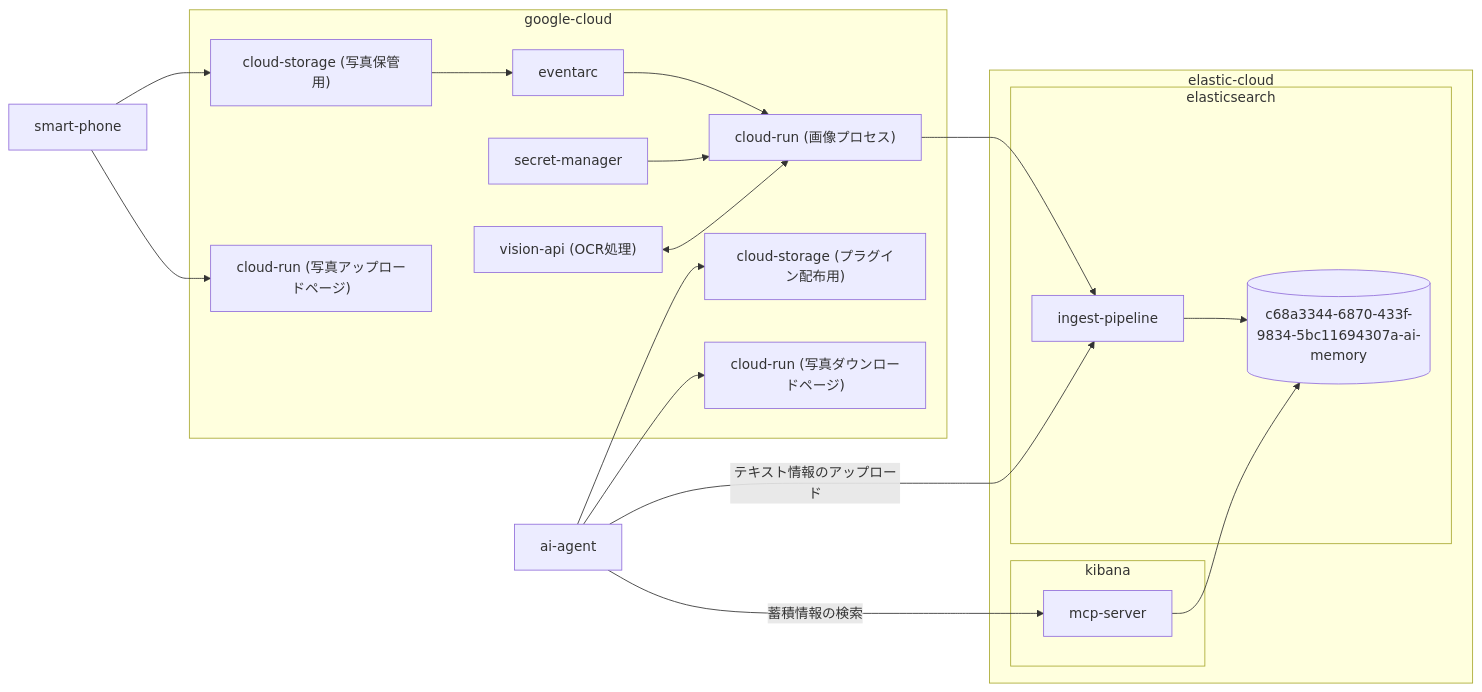
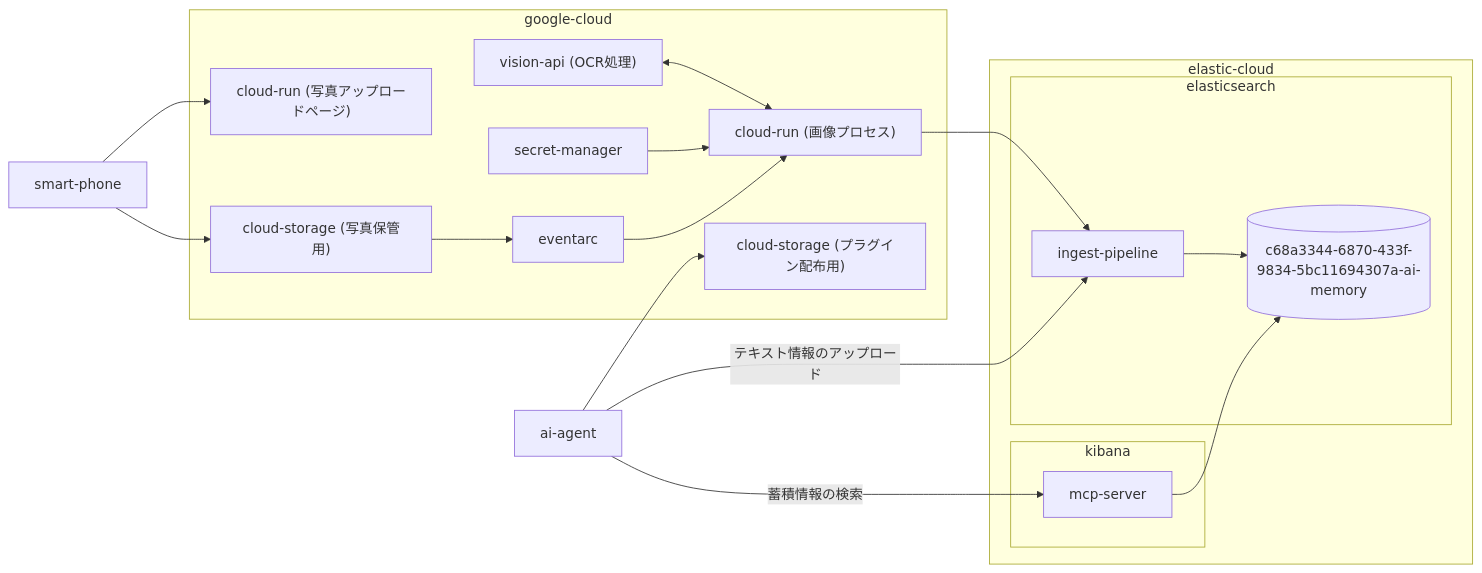
The diagram in README.md (sakurai-youhei/hackathon-ai-memory), drawn with Mermaid before and after one commit.

````diff
--- a/README.md
+++ b/README.md
@@ -54,36 +54,34 @@
 ```mermaid
 flowchart LR
     subgraph google-cloud
         cloud-run-upload["cloud-run (写真アップロードページ)"]
-        cloud-run-download["cloud-run (写真ダウンロードページ)"]
         eventarc
         cloud-run-process["cloud-run (画像プロセス)"]
         secret-manager
         vision-api["vision-api (OCR処理)"]
         cloud-storage["cloud-storage (写真保管用)"]
         cloud-storage-plugin["cloud-storage (プラグイン配布用)"]
     end
     subgraph elastic-cloud
         subgraph kibana
             mcp-server
         end
         subgraph elasticsearch
             ingest-pipeline
             index[(c68a3344-6870-433f-9834-5bc11694307a-ai-memory)]
         end
     end
 
     mcp-server --> index
     ingest-pipeline --> index
 
     ai-agent -- 蓄積情報の検索 --> mcp-server
     ai-agent -- テキスト情報のアップロード --> ingest-pipeline
-    ai-agent --> cloud-run-download
     ai-agent --> cloud-storage-plugin
 
     smart-phone --> cloud-run-upload
     smart-phone --> cloud-storage --> eventarc　--> cloud-run-process
     secret-manager --> cloud-run-process --> ingest-pipeline
     vision-api <--> cloud-run-process
 
 ```
````
